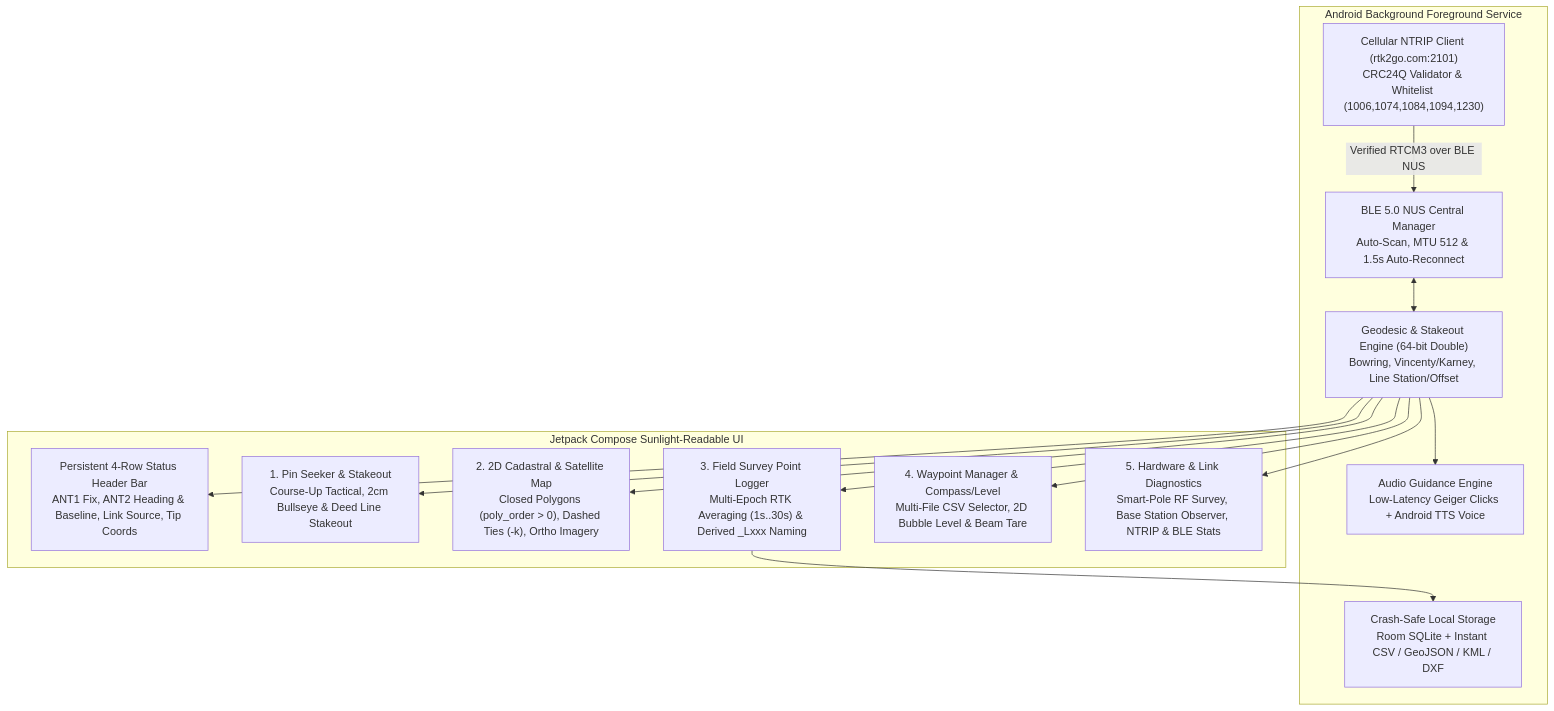
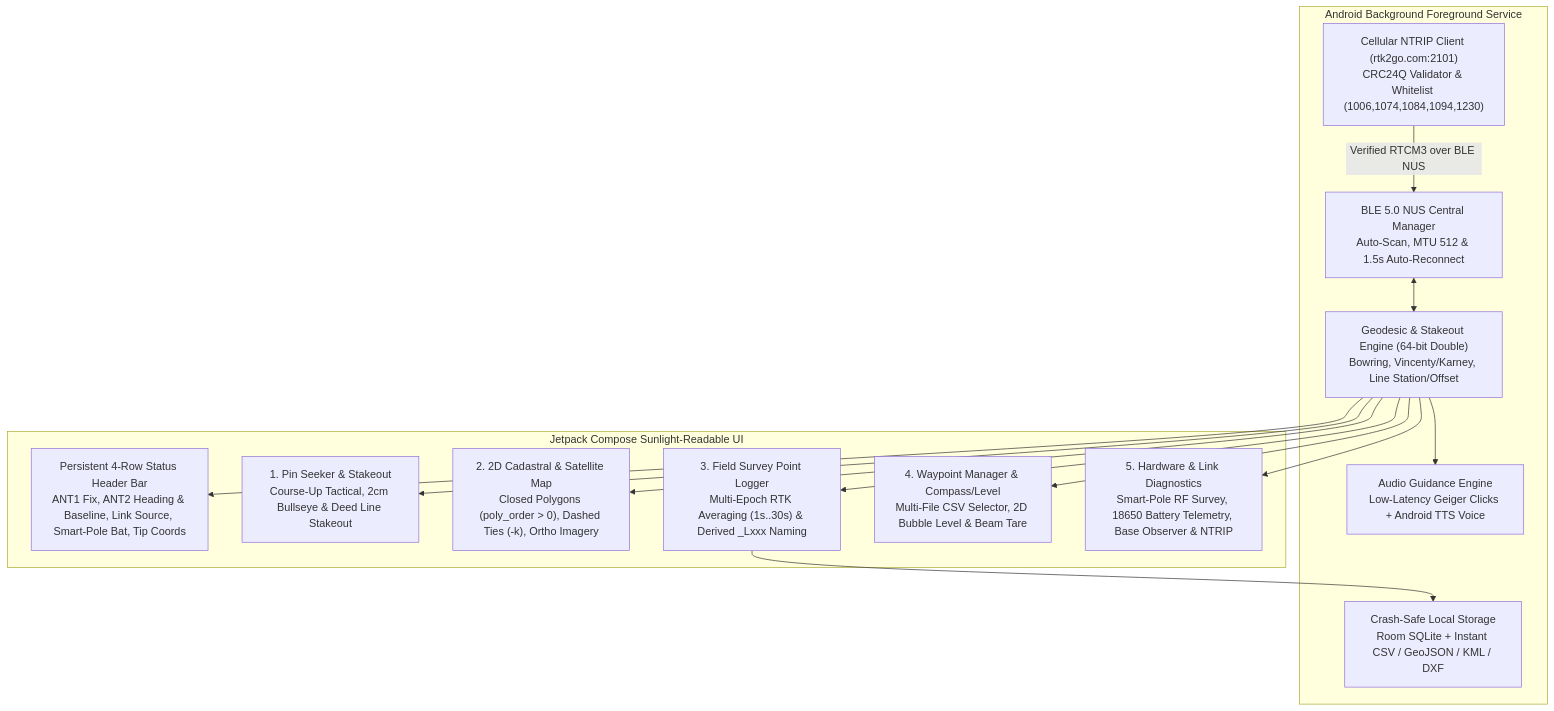
Before and after one commit to rguilmet/RTK-Rover: the third of 4 diagrams in docs/plan_smart_pole_and_android_app.md, drawn with Mermaid. The commit also changed other lines of this file and 1 other file, not shown here.

Commit message:
docs: Update Smart Pole plan (v2.1.0) for Waveshare 3.49-V2, 18650, NDP6020P + 2N3904 switch & MT3608

````diff
--- a/docs/plan_smart_pole_and_android_app.md
+++ b/docs/plan_smart_pole_and_android_app.md
@@ -227,25 +313,25 @@
 ```mermaid
 flowchart TD
     subgraph CoreServices["Android Background Foreground Service"]
         BLE_Manager["BLE 5.0 NUS Central Manager\nAuto-Scan, MTU 512 & 1.5s Auto-Reconnect"]
         NTRIP_Engine["Cellular NTRIP Client (rtk2go.com:2101)\nCRC24Q Validator & Whitelist (1006,1074,1084,1094,1230)"]
         Nav_Engine["Geodesic & Stakeout Engine (64-bit Double)\nBowring, Vincenty/Karney, Line Station/Offset"]
         Audio_Synth["Audio Guidance Engine\nLow-Latency Geiger Clicks + Android TTS Voice"]
         Storage_DB["Crash-Safe Local Storage\nRoom SQLite + Instant CSV / GeoJSON / KML / DXF"]
     end
 
     subgraph ComposeUI["Jetpack Compose Sunlight-Readable UI"]
-        Header["Persistent 4-Row Status Header Bar\nANT1 Fix, ANT2 Heading & Baseline, Link Source, Tip Coords"]
+        Header["Persistent 4-Row Status Header Bar\nANT1 Fix, ANT2 Heading & Baseline, Link Source, Smart-Pole Bat, Tip Coords"]
         Tab0["1. Pin Seeker & Stakeout\nCourse-Up Tactical, 2cm Bullseye & Deed Line Stakeout"]
         Tab1["2. 2D Cadastral & Satellite Map\nClosed Polygons (poly_order > 0), Dashed Ties (-k), Ortho Imagery"]
         Tab2["3. Field Survey Point Logger\nMulti-Epoch RTK Averaging (1s..30s) & Derived _Lxxx Naming"]
         Tab3["4. Waypoint Manager & Compass/Level\nMulti-File CSV Selector, 2D Bubble Level & Beam Tare"]
-        Tab4["5. Hardware & Link Diagnostics\nSmart-Pole RF Survey, Base Station Observer, NTRIP & BLE Stats"]
+        Tab4["5. Hardware & Link Diagnostics\nSmart-Pole RF Survey, 18650 Battery Telemetry, Base Observer & NTRIP"]
     end
 
     BLE_Manager <--> Nav_Engine
     NTRIP_Engine -->|Verified RTCM3 over BLE NUS| BLE_Manager
     Nav_Engine --> Header & Tab0 & Tab1 & Tab2 & Tab3 & Tab4
     Nav_Engine --> Audio_Synth
     Tab2 --> Storage_DB
 ```
````
